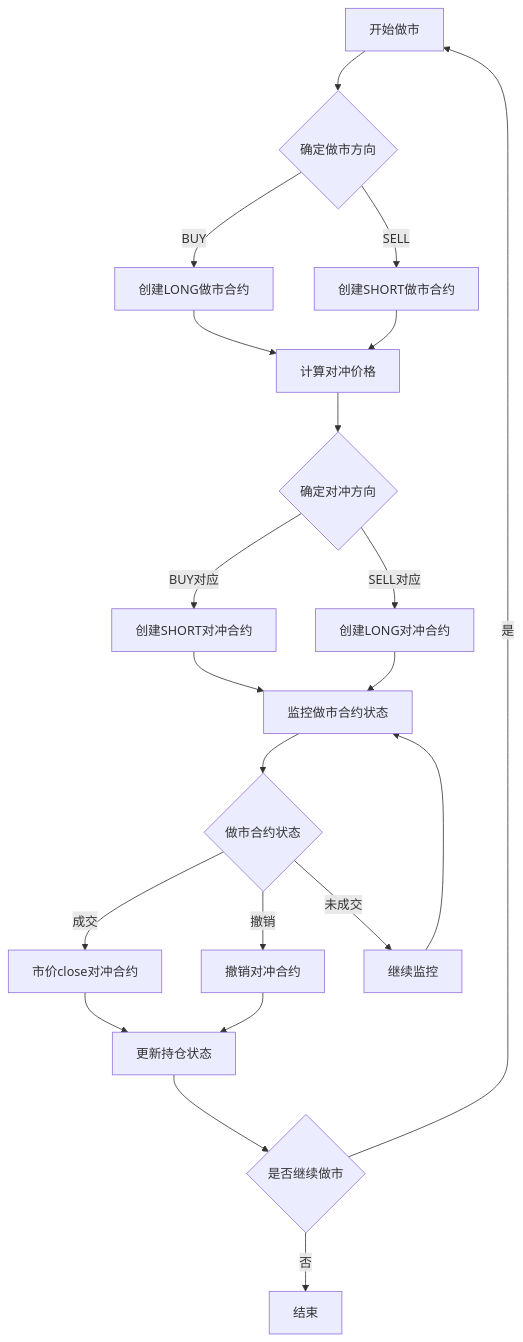
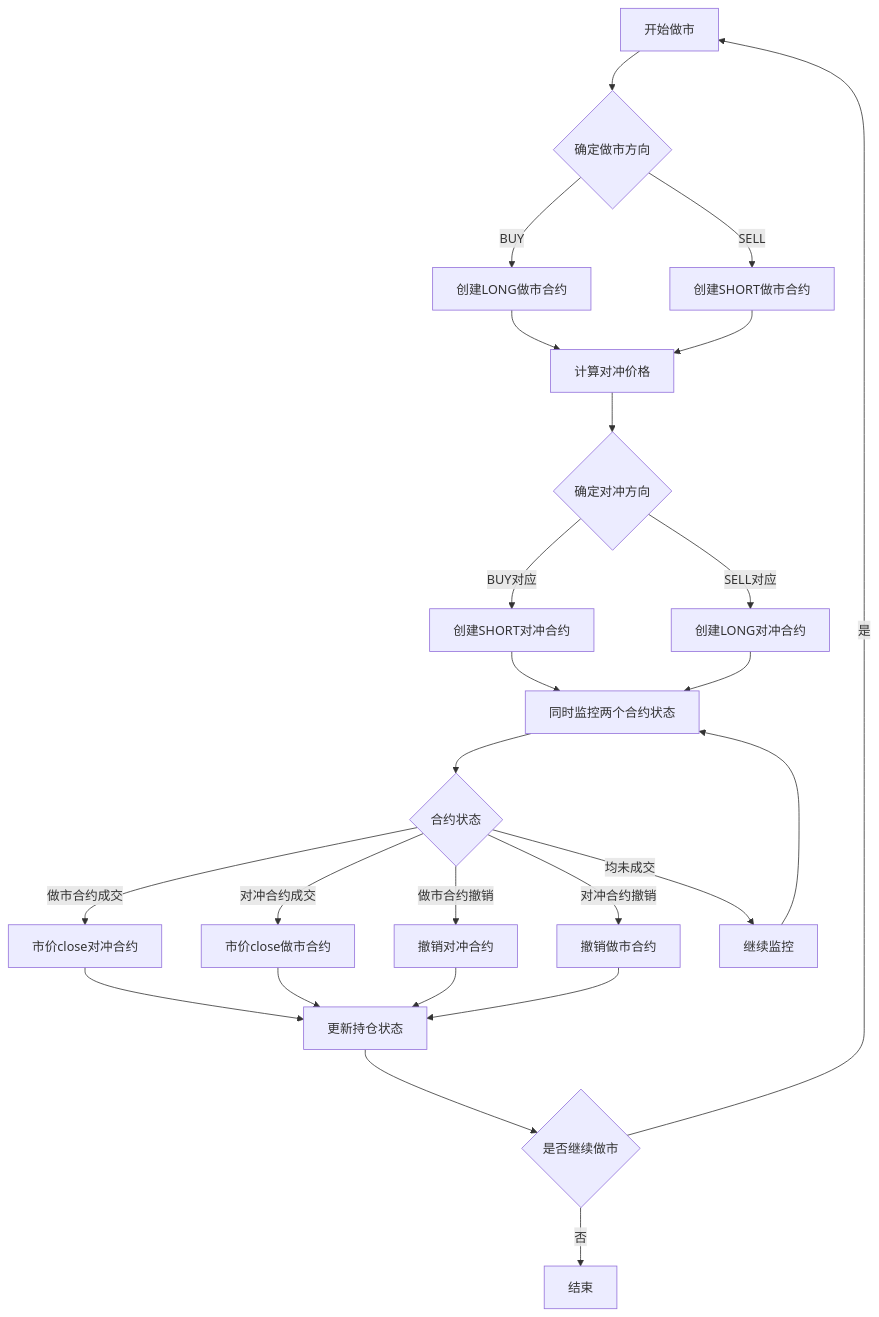
Before and after one commit to King-Jump/tuna-py: the diagram in docs/future_hedger_design(chinese).md, drawn with Mermaid. The commit also changed other lines of this file, not shown here.

Commit message:
Update flowchart to include hedge contract first成交 scenario

````diff
--- a/docs/future_hedger_design(chinese).md
+++ b/docs/future_hedger_design(chinese).md
@@ -23,23 +24,27 @@
 ```mermaid
 flowchart TD
     A[开始做市] --> B{确定做市方向}
     B -->|BUY| C[创建LONG做市合约]
     B -->|SELL| D[创建SHORT做市合约]
     C --> E[计算对冲价格]
     D --> E
     E --> F{确定对冲方向}
     F -->|BUY对应| G[创建SHORT对冲合约]
     F -->|SELL对应| H[创建LONG对冲合约]
-    G --> I[监控做市合约状态]
+    G --> I[同时监控两个合约状态]
     H --> I
-    I --> J{做市合约状态}
-    J -->|成交| K[市价close对冲合约]
-    J -->|撤销| L[撤销对冲合约]
-    J -->|未成交| M[继续监控]
-    K --> N[更新持仓状态]
-    L --> N
-    M --> I
-    N --> O{是否继续做市}
-    O -->|是| A
-    O -->|否| P[结束]
+    I --> J{合约状态}
+    J -->|做市合约成交| K[市价close对冲合约]
+    J -->|对冲合约成交| L[市价close做市合约]
+    J -->|做市合约撤销| M[撤销对冲合约]
+    J -->|对冲合约撤销| N[撤销做市合约]
+    J -->|均未成交| O[继续监控]
+    K --> P[更新持仓状态]
+    L --> P
+    M --> P
+    N --> P
+    O --> I
+    P --> Q{是否继续做市}
+    Q -->|是| A
+    Q -->|否| R[结束]
 ```
````
